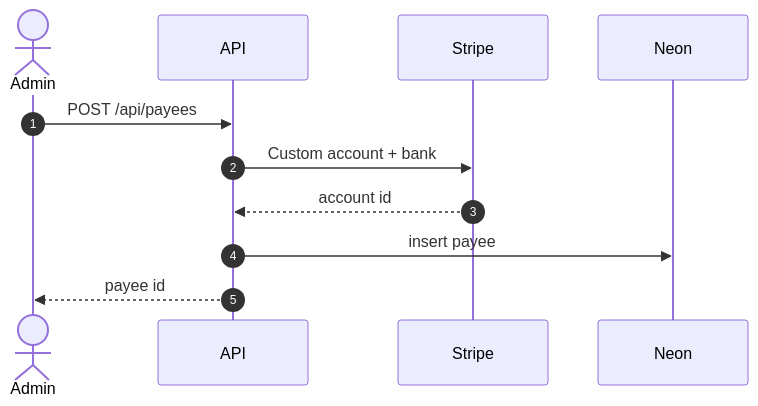
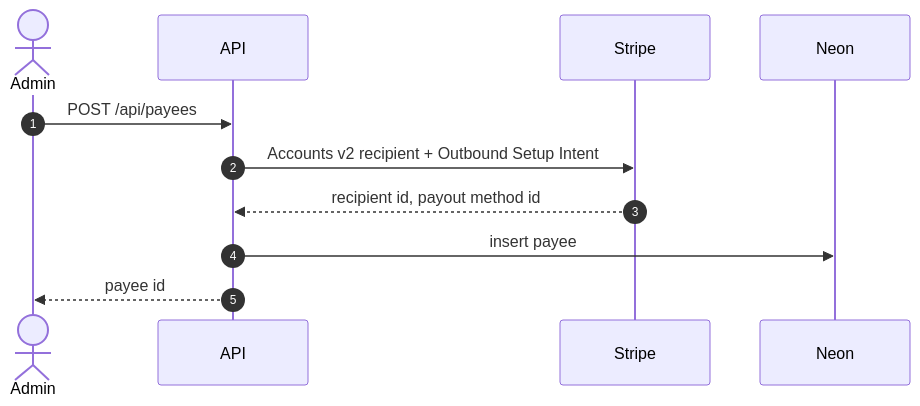
One commit to chunhuduc/stripe-global-payout changed the second of 3 diagrams in docs/ARCHITECTURE.md. Above: the diagram before and after it, drawn with Mermaid. The commit also changed other lines of this file and 28 other files, not shown here.

````diff
--- a/docs/ARCHITECTURE.md
+++ b/docs/ARCHITECTURE.md
@@ -49,14 +37,14 @@
 ```mermaid
 sequenceDiagram
   autonumber
   actor Admin
   participant API as API
   participant Stripe
   participant DB as Neon
 
   Admin->>API: POST /api/payees
-  API->>Stripe: Custom account + bank
-  Stripe-->>API: account id
+  API->>Stripe: Accounts v2 recipient + Outbound Setup Intent
+  Stripe-->>API: recipient id, payout method id
   API->>DB: insert payee
   API-->>Admin: payee id
 ```
````
